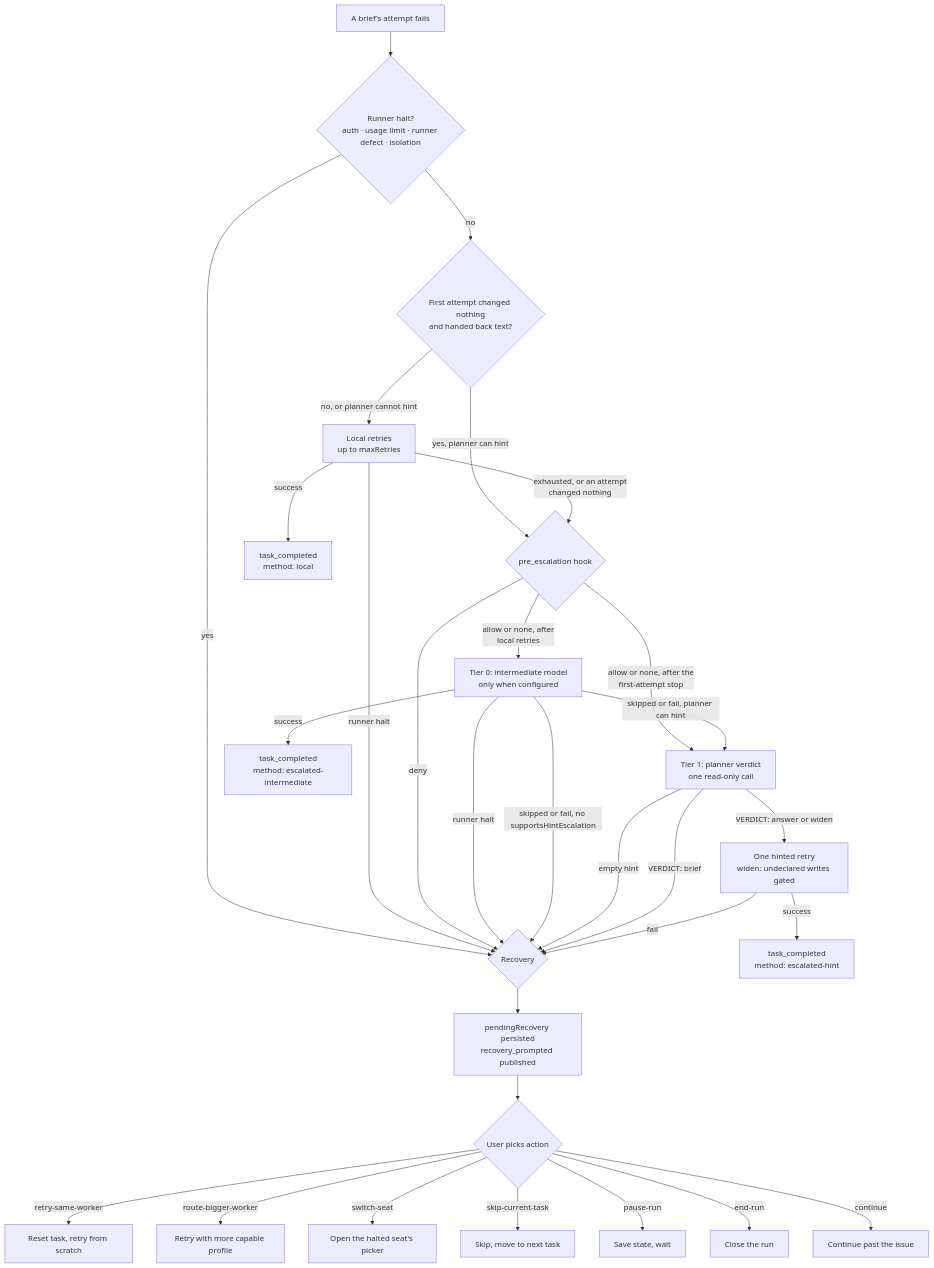
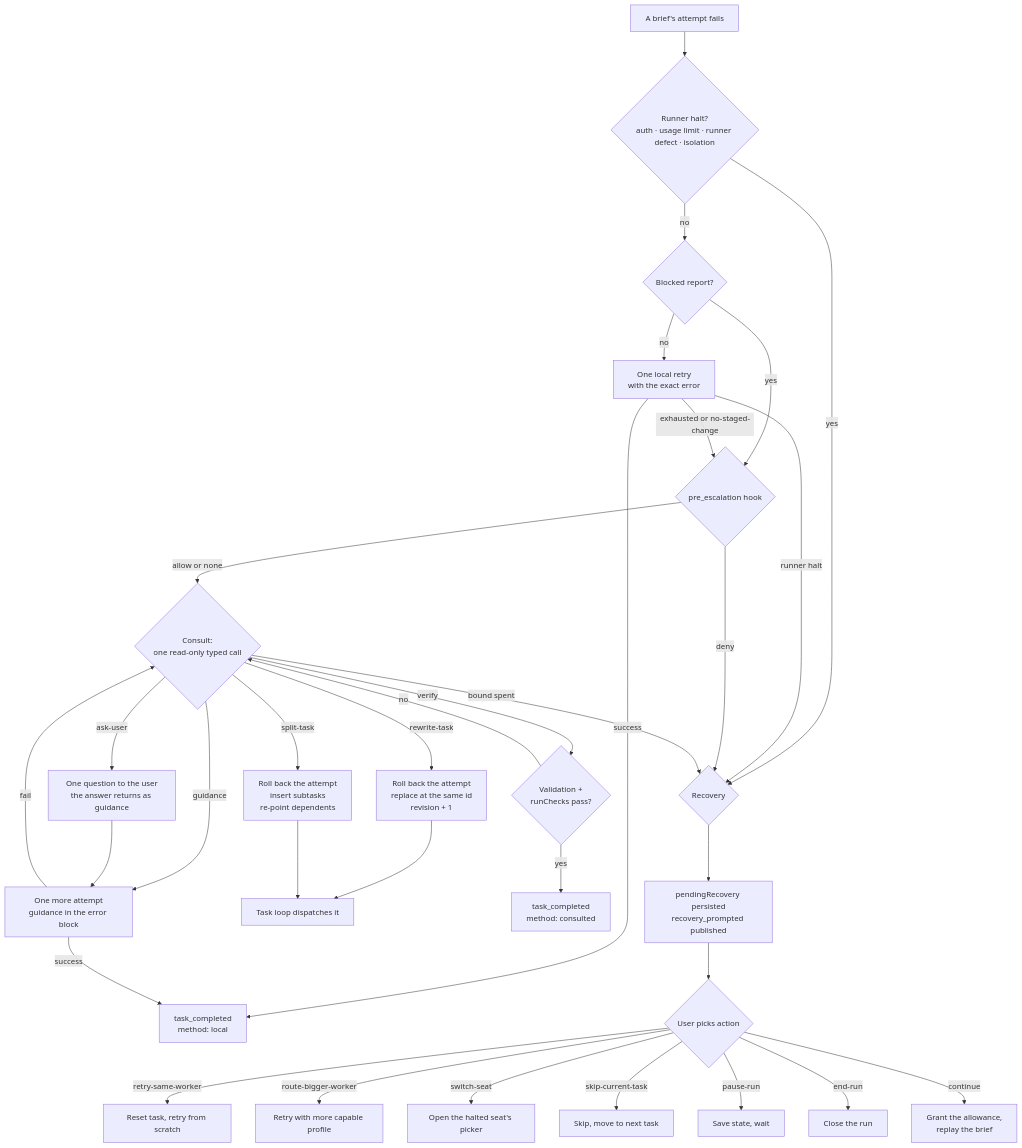
Before and after one commit to b4r7x/splitbrief: the diagram in docs/APPROVAL-AND-RECOVERY.md, drawn with Mermaid. The commit also changed other lines of this file and 287 other files, not shown here.

Commit message:
replace the hint tier with a planner consult

````diff
--- a/docs/APPROVAL-AND-RECOVERY.md
+++ b/docs/APPROVAL-AND-RECOVERY.md
@@ -99,32 +107,35 @@
 ```mermaid
 flowchart TD
     F[A brief's attempt fails] --> H{Runner halt?<br/>auth · usage limit · runner defect · isolation}
     H -->|yes| REC{Recovery}
-    H -->|no| S{First attempt changed nothing<br/>and handed back text?}
-    S -->|yes, planner can hint| HK{pre_escalation hook}
-    S -->|no, or planner cannot hint| LR[Local retries<br/>up to maxRetries]
+    H -->|no| B{Blocked report?}
+    B -->|yes| HK{pre_escalation hook}
+    B -->|no| LR[One local retry<br/>with the exact error]
     LR -->|success| DONE[task_completed<br/>method: local]
     LR -->|runner halt| REC
-    LR -->|exhausted, or an attempt<br/>changed nothing| HK
+    LR -->|exhausted or no-staged-change| HK
     HK -->|deny| REC
-    HK -->|allow or none, after the<br/>first-attempt stop| T1[Tier 1: planner verdict<br/>one read-only call]
-    HK -->|allow or none, after<br/>local retries| T0[Tier 0: intermediate model<br/>only when configured]
-    T0 -->|success| DONE0[task_completed<br/>method: escalated-intermediate]
-    T0 -->|runner halt| REC
-    T0 -->|skipped or fail, planner can hint| T1
-    T0 -->|skipped or fail, no supportsHintEscalation| REC
-    T1 -->|empty hint| REC
-    T1 -->|VERDICT: brief| REC
-    T1 -->|VERDICT: answer or widen| HR[One hinted retry<br/>widen: undeclared writes gated]
-    HR -->|success| DONE1[task_completed<br/>method: escalated-hint]
-    HR -->|fail| REC
+    HK -->|allow or none| C{Consult:<br/>one read-only typed call}
+    C -->|guidance| HR[One more attempt<br/>guidance in the error block]
+    HR -->|success| DONE
+    HR -->|fail| C
+    C -->|rewrite-task| RW[Roll back the attempt<br/>replace at the same id<br/>revision + 1]
+    RW --> LOOP[Task loop dispatches it]
+    C -->|split-task| SP[Roll back the attempt<br/>insert subtasks<br/>re-point dependents]
+    SP --> LOOP
+    C -->|verify| V{Validation +<br/>runChecks pass?}
+    V -->|yes| DONEC[task_completed<br/>method: consulted]
+    V -->|no| C
+    C -->|ask-user| ASK[One question to the user<br/>the answer returns as guidance]
+    ASK --> HR
+    C -->|bound spent| REC
     REC --> PROMPT[pendingRecovery persisted<br/>recovery_prompted published]
     PROMPT --> USER{User picks action}
     USER -->|retry-same-worker| RESET[Reset task, retry from scratch]
     USER -->|route-bigger-worker| BIGGER[Retry with more capable profile]
     USER -->|switch-seat| SWITCH[Open the halted seat's picker]
     USER -->|skip-current-task| SKIP[Skip, move to next task]
     USER -->|pause-run| PAUSE[Save state, wait]
     USER -->|end-run| ABORT[Close the run]
-    USER -->|continue| CONT[Continue past the issue]
+    USER -->|continue| CONT[Grant the allowance,<br/>replay the brief]
 ```
````
